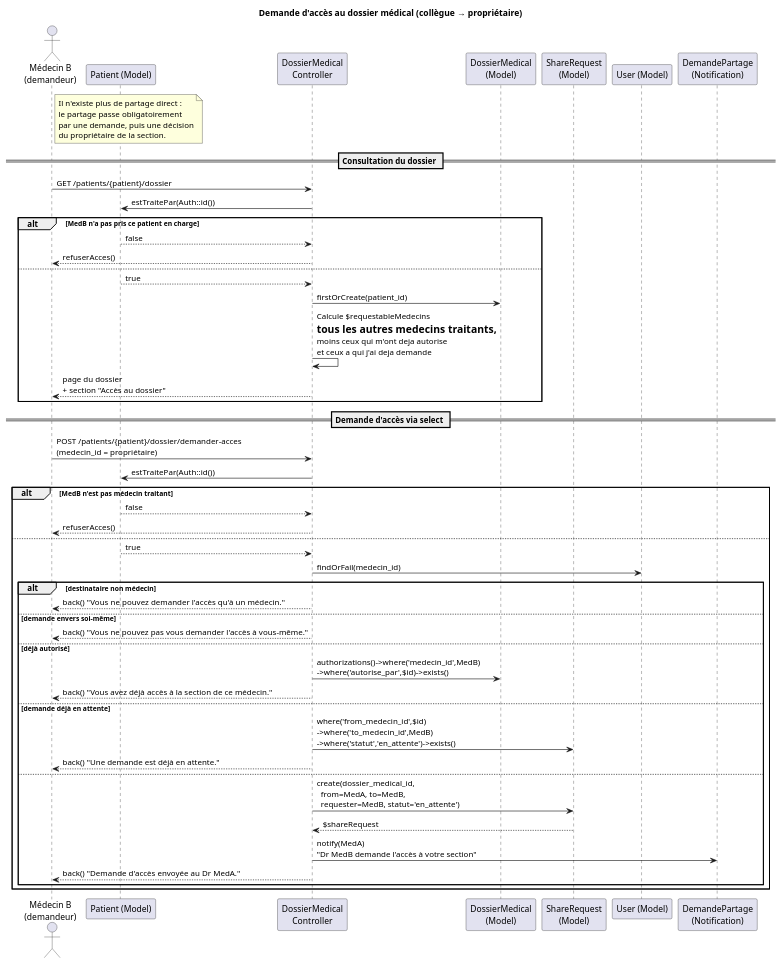
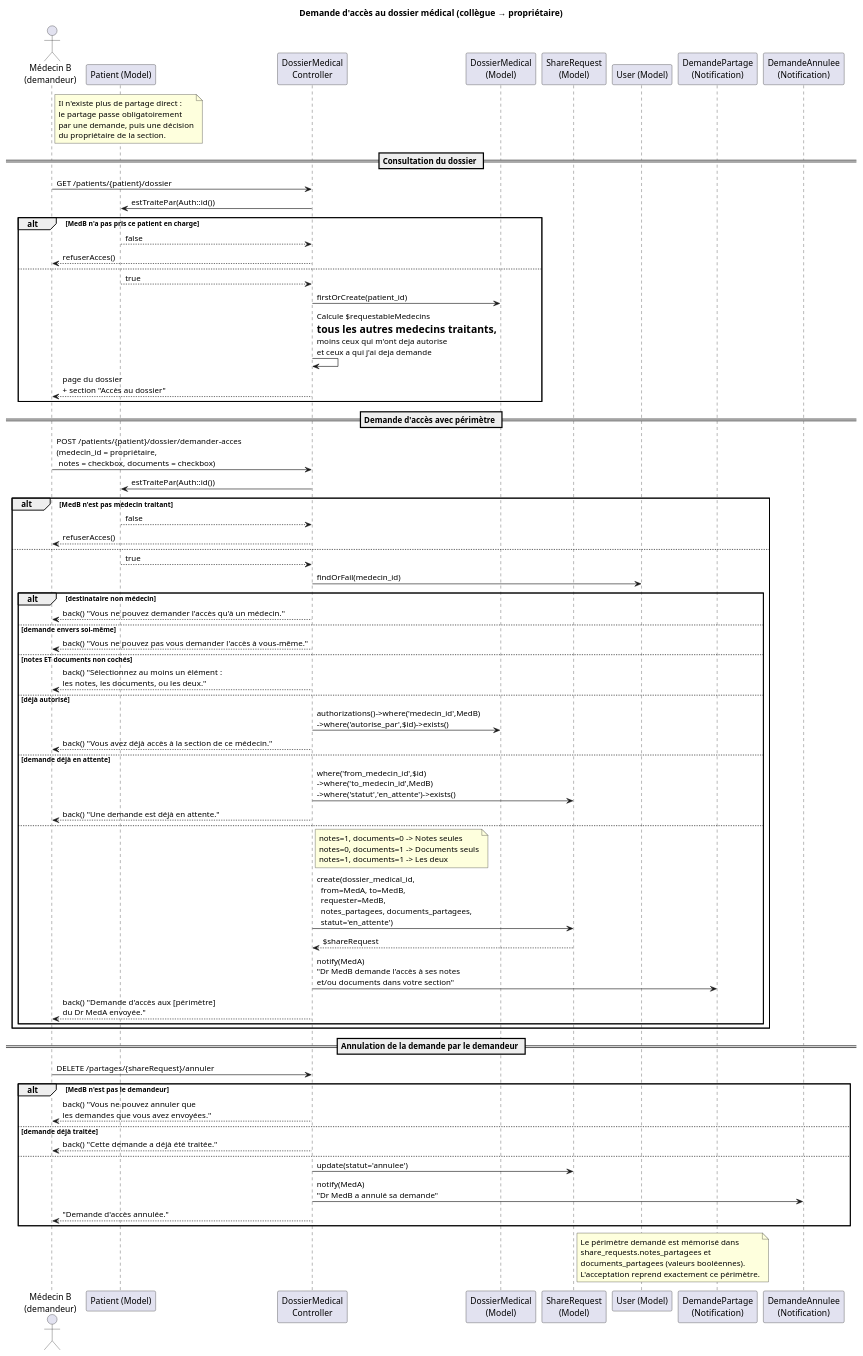
Before and after one commit to mohamedyassinekhiari45-lgtm/medicalegestion: the diagram in docs/sequence/06-demande-acces.puml, drawn with PlantUML. The commit also changed 10 other files, not shown here.

First line of the commit message:
Perimetre selectif des demandes d'acces + annulation par le demandeur

```diff
--- a/docs/sequence/06-demande-acces.puml
+++ b/docs/sequence/06-demande-acces.puml
@@ -1,60 +1,87 @@
 @startuml
 title Demande d'accès au dossier médical (collègue → propriétaire)
 
 actor "Médecin B\n(demandeur)" as MedB
 participant "Patient (Model)" as PatM
 participant "DossierMedical\nController" as DMC
 participant "DossierMedical\n(Model)" as DM
 participant "ShareRequest\n(Model)" as SR
 participant "User (Model)" as UserM
 participant "DemandePartage\n(Notification)" as NotifDP
+participant "DemandeAnnulee\n(Notification)" as NotifDA
 
 note right of MedB
   Il n'existe plus de partage direct :
   le partage passe obligatoirement
   par une demande, puis une décision
   du propriétaire de la section.
 end note
 
 == Consultation du dossier ==
 MedB -> DMC: GET /patients/{patient}/dossier
 DMC -> PatM: estTraitePar(Auth::id())
 alt MedB n'a pas pris ce patient en charge
     PatM --> DMC: false
     DMC --> MedB: refuserAcces()
 else
     PatM --> DMC: true
     DMC -> DM: firstOrCreate(patient_id)
     DMC -> DMC: Calcule $requestableMedecins\n= tous les autres medecins traitants,\nmoins ceux qui m'ont deja autorise\net ceux a qui j'ai deja demande
     DMC --> MedB: page du dossier\n+ section "Accès au dossier"
 end
 
-== Demande d'accès via select ==
-MedB -> DMC: POST /patients/{patient}/dossier/demander-acces\n(medecin_id = propriétaire)
+== Demande d'accès avec périmètre ==
+MedB -> DMC: POST /patients/{patient}/dossier/demander-acces\n(medecin_id = propriétaire,\n notes = checkbox, documents = checkbox)
 
 DMC -> PatM: estTraitePar(Auth::id())
 alt MedB n'est pas médecin traitant
     PatM --> DMC: false
     DMC --> MedB: refuserAcces()
 else
     PatM --> DMC: true
     DMC -> UserM: findOrFail(medecin_id)
     alt destinataire non médecin
         DMC --> MedB: back() "Vous ne pouvez demander l'accès qu'à un médecin."
     else demande envers soi-même
         DMC --> MedB: back() "Vous ne pouvez pas vous demander l'accès à vous-même."
+    else notes ET documents non cochés
+        DMC --> MedB: back() "Sélectionnez au moins un élément :\nles notes, les documents, ou les deux."
     else déjà autorisé
         DMC -> DM: authorizations()->where('medecin_id',MedB)\n->where('autorise_par',$id)->exists()
         DMC --> MedB: back() "Vous avez déjà accès à la section de ce médecin."
     else demande déjà en attente
         DMC -> SR: where('from_medecin_id',$id)\n->where('to_medecin_id',MedB)\n->where('statut','en_attente')->exists()
         DMC --> MedB: back() "Une demande est déjà en attente."
     else
-        DMC -> SR: create(dossier_medical_id,\n  from=MedA, to=MedB,\n  requester=MedB, statut='en_attente')
+        note right of DMC
+          notes=1, documents=0 -> Notes seules
+          notes=0, documents=1 -> Documents seuls
+          notes=1, documents=1 -> Les deux
+        end note
+        DMC -> SR: create(dossier_medical_id,\n  from=MedA, to=MedB,\n  requester=MedB,\n  notes_partagees, documents_partagees,\n  statut='en_attente')
         SR --> DMC: $shareRequest
-        DMC -> NotifDP: notify(MedA)\n"Dr MedB demande l'accès à votre section"
-        DMC --> MedB: back() "Demande d'accès envoyée au Dr MedA."
+        DMC -> NotifDP: notify(MedA)\n"Dr MedB demande l'accès à ses notes\net/ou documents dans votre section"
+        DMC --> MedB: back() "Demande d'accès aux [périmètre]\ndu Dr MedA envoyée."
     end
 end
 
+== Annulation de la demande par le demandeur ==
+MedB -> DMC: DELETE /partages/{shareRequest}/annuler
+alt MedB n'est pas le demandeur
+    DMC --> MedB: back() "Vous ne pouvez annuler que\nles demandes que vous avez envoyées."
+else demande déjà traitée
+    DMC --> MedB: back() "Cette demande a déjà été traitée."
+else
+    DMC -> SR: update(statut='annulee')
+    DMC -> NotifDA: notify(MedA)\n"Dr MedB a annulé sa demande"
+    DMC --> MedB: "Demande d'accès annulée."
+end
+
+note right of SR
+  Le périmètre demandé est mémorisé dans
+  share_requests.notes_partagees et
+  documents_partagees (valeurs booléennes).
+  L'acceptation reprend exactement ce périmètre.
+end note
+
 @enduml
```
